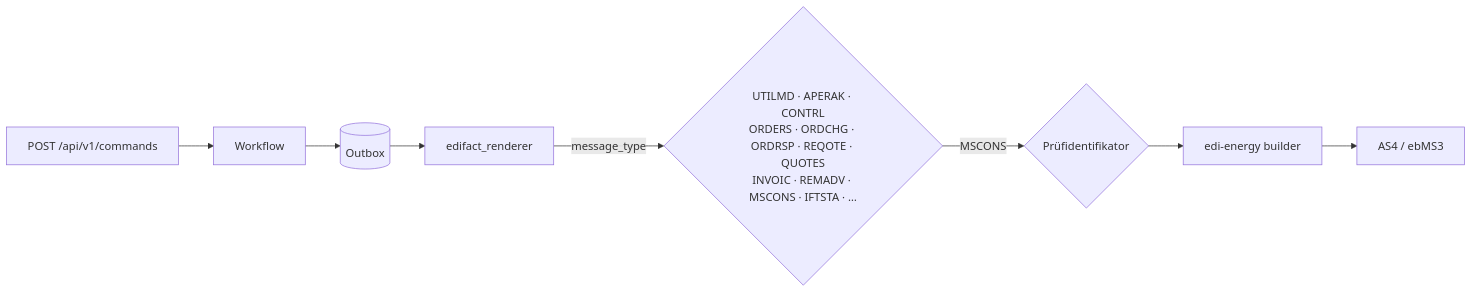
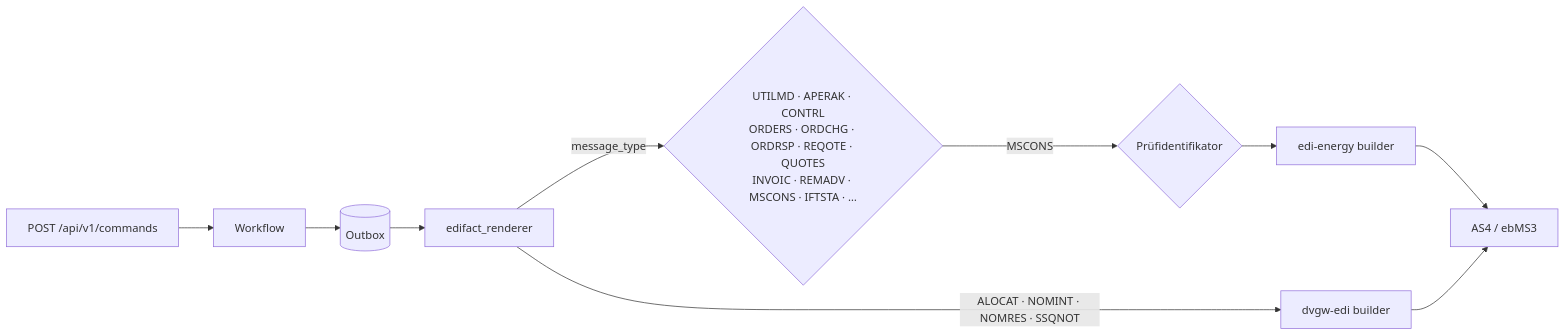
One commit to hupe1980/mako changed the third of 4 diagrams in site/content/docs/services/makod.md. Above: the diagram before and after it, drawn with Mermaid. The commit also changed other lines of this file and 767 other files, not shown here.

````diff
--- a/site/content/docs/services/makod.md
+++ b/site/content/docs/services/makod.md
@@ -2129,10 +2136,12 @@
 ```mermaid
 flowchart LR
     cmd["POST /api/v1/commands"] --> wf["Workflow"]
     wf --> ob[("Outbox")]
     ob --> r["edifact_renderer"]
     r -->|"message_type"| mt{"UTILMD · APERAK · CONTRL<br/>ORDERS · ORDCHG · ORDRSP · REQOTE · QUOTES<br/>INVOIC · REMADV · MSCONS · IFTSTA · …"}
+    r -->|"ALOCAT · NOMINT · NOMRES · SSQNOT"| d["dvgw-edi builder"]
     mt -->|"MSCONS"| pid{"Prüfidentifikator"}
     pid --> b["edi-energy builder"]
     b --> as4["AS4 / ebMS3"]
+    d --> as4
 ```
````
